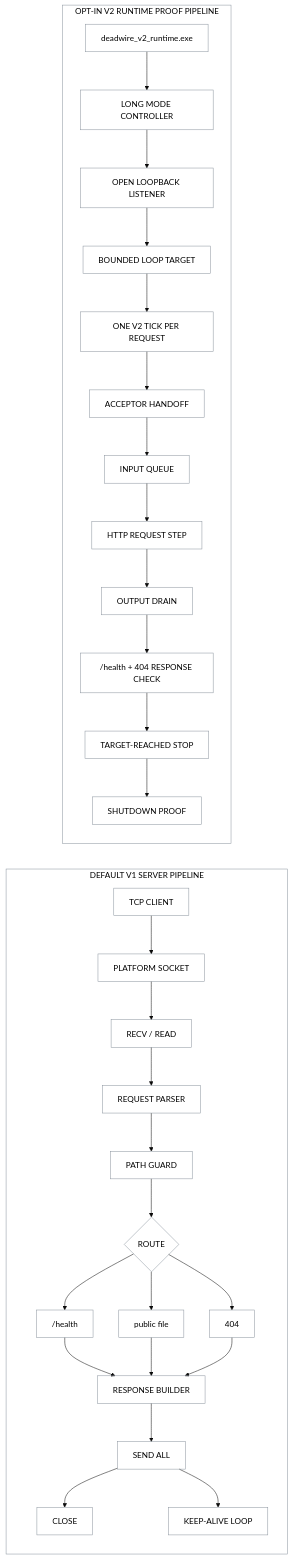
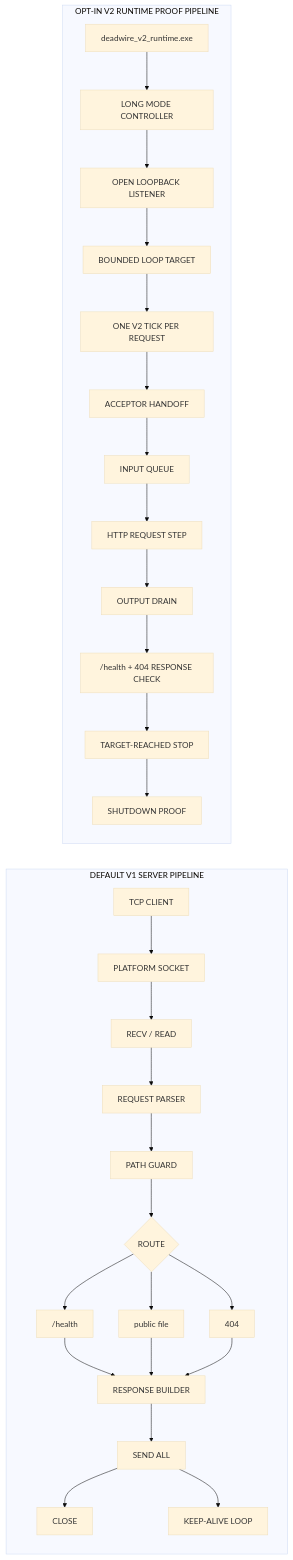
The diagram in README.md (Deadbytes101/DEADWIRE-HTTPD), drawn with Mermaid (base theme) before and after one commit. The commit also changed 3 other files, not shown here.

````diff
--- a/README.md
+++ b/README.md
@@ -35,43 +35,33 @@
 ```mermaid
 flowchart LR
     subgraph V1["DEFAULT V1 SERVER PIPELINE"]
         CLIENT["TCP CLIENT"] --> SOCKET["PLATFORM SOCKET"]
         SOCKET --> RECV["RECV / READ"]
         RECV --> PARSE["REQUEST PARSER"]
         PARSE --> GUARD["PATH GUARD"]
         GUARD --> ROUTE{"ROUTE"}
         ROUTE --> HEALTH["/health"]
         ROUTE --> STATIC["public file"]
         ROUTE --> MISS["404"]
         HEALTH --> RESPONSE["RESPONSE BUILDER"]
         STATIC --> RESPONSE
         MISS --> RESPONSE
         RESPONSE --> SEND["SEND ALL"]
         SEND --> CLOSE["CLOSE"]
         SEND --> LOOP["KEEP-ALIVE LOOP"]
     end
 
     subgraph V2["OPT-IN V2 RUNTIME PROOF PIPELINE"]
         V2BOOT["deadwire_v2_runtime.exe"] --> V2LONG["LONG MODE CONTROLLER"]
         V2LONG --> V2LIVE["OPEN LOOPBACK LISTENER"]
         V2LIVE --> V2COUNT["BOUNDED LOOP TARGET"]
         V2COUNT --> V2TICK["ONE V2 TICK PER REQUEST"]
         V2TICK --> V2ACCEPT["ACCEPTOR HANDOFF"]
         V2ACCEPT --> V2QUEUE["INPUT QUEUE"]
         V2QUEUE --> V2HTTP["HTTP REQUEST STEP"]
         V2HTTP --> V2OUT["OUTPUT DRAIN"]
         V2OUT --> V2CHECK["/health + 404 RESPONSE CHECK"]
         V2CHECK --> V2STOP["TARGET-REACHED STOP"]
         V2STOP --> V2SHUT["SHUTDOWN PROOF"]
     end
-
-    classDef lane fill:transparent,stroke:#8b949e,color:inherit
-    classDef route fill:transparent,stroke:#8b949e,color:inherit
-    classDef stop fill:transparent,stroke:#8b949e,color:inherit
-    class CLIENT,SOCKET,RECV,PARSE,GUARD,HEALTH,STATIC,MISS,RESPONSE,SEND,CLOSE,LOOP lane
-    class V2BOOT,V2LONG,V2LIVE,V2COUNT,V2TICK,V2ACCEPT,V2QUEUE,V2HTTP,V2OUT lane
-    class ROUTE route
-    class V2CHECK,V2STOP,V2SHUT stop
-    style V1 fill:transparent,stroke:#8b949e,color:inherit
-    style V2 fill:transparent,stroke:#8b949e,color:inherit
 ```
````
